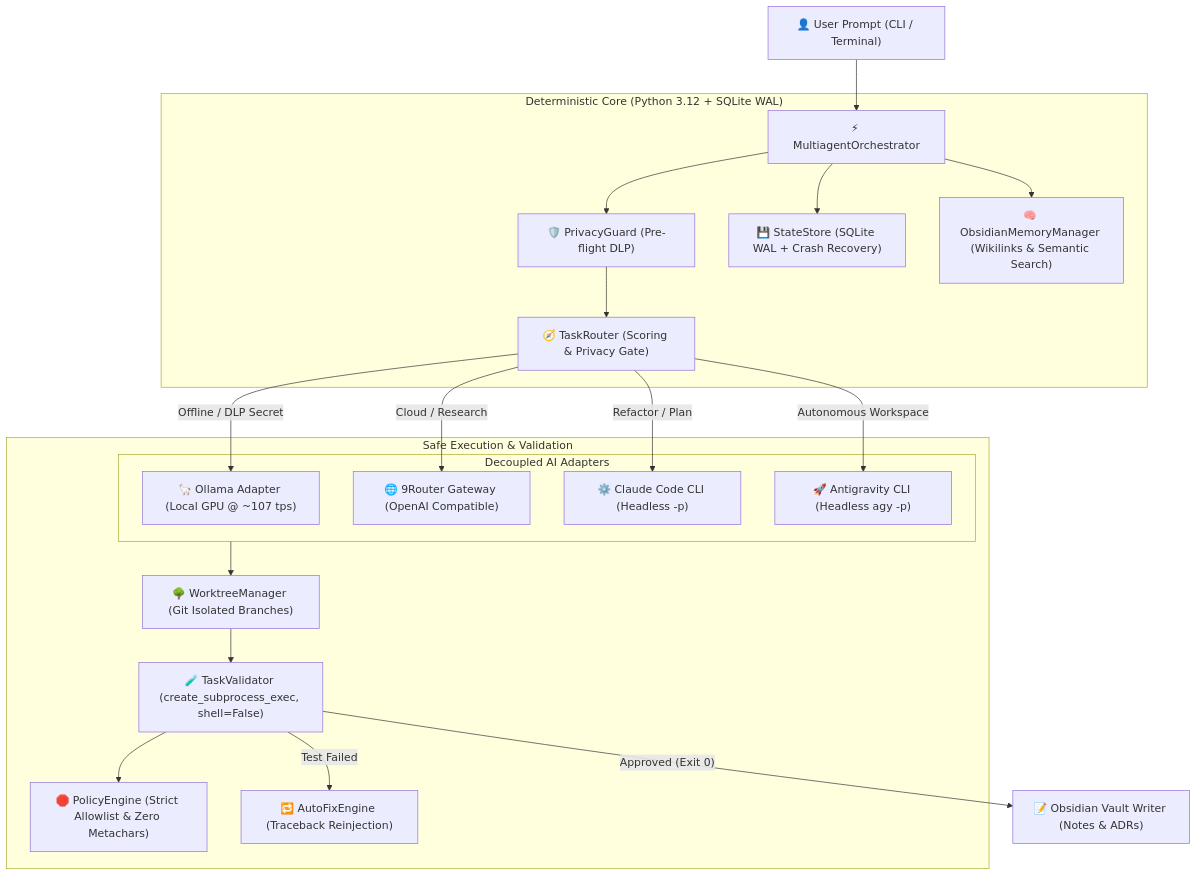
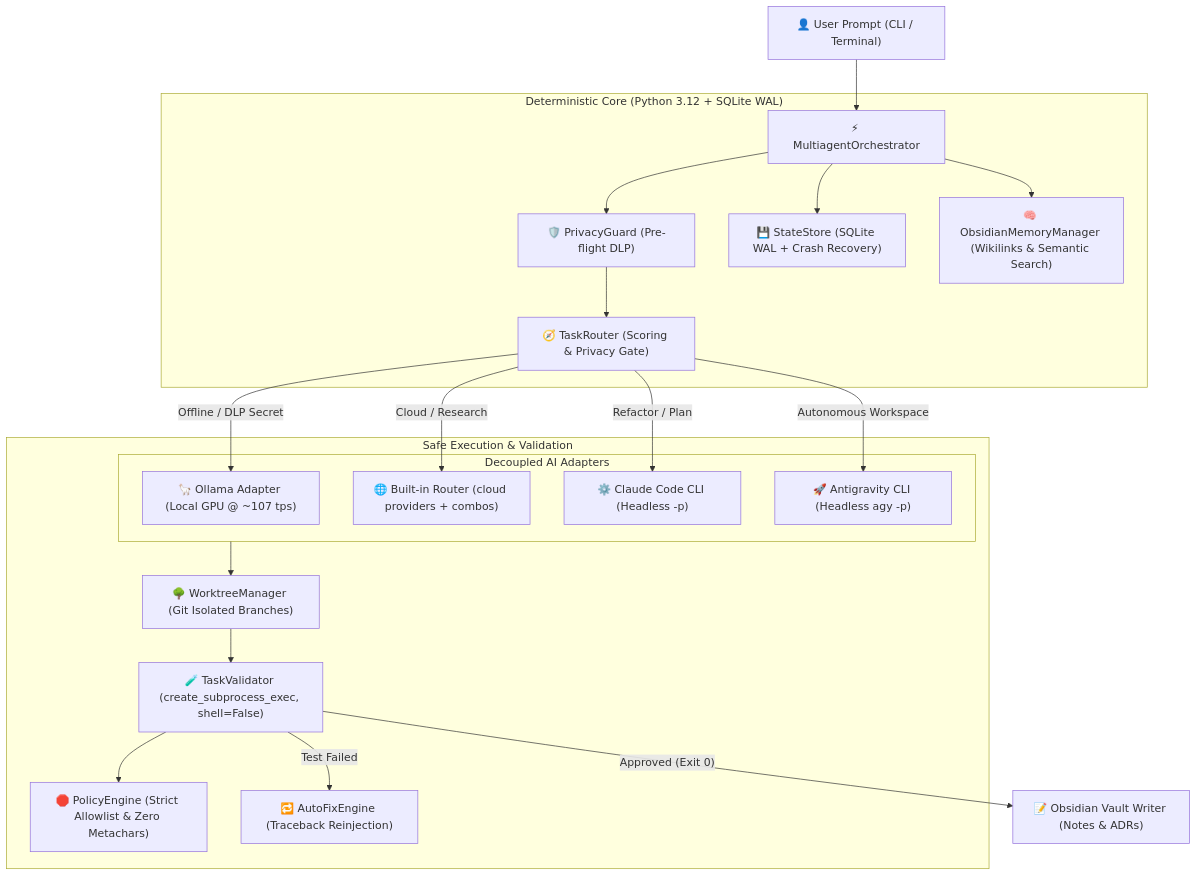
The diagram in README.md (Kaio-Comk/Hera-Multiagent), drawn with Mermaid before and after one commit. The commit also changed other lines of this file and 24 other files, not shown here.

````diff
--- a/README.md
+++ b/README.md
@@ -120,27 +120,27 @@
 ```mermaid
 flowchart TD
     User["👤 User Prompt (CLI / Terminal)"] --> Orch["⚡ MultiagentOrchestrator"]
     
     subgraph Core ["Deterministic Core (Python 3.12 + SQLite WAL)"]
         Orch --> DLP["🛡️ PrivacyGuard (Pre-flight DLP)"]
         DLP --> Router["🧭 TaskRouter (Scoring & Privacy Gate)"]
         Orch --> State["💾 StateStore (SQLite WAL + Crash Recovery)"]
         Orch --> Memory["🧠 ObsidianMemoryManager (Wikilinks & Semantic Search)"]
     end
     
     subgraph Engines ["Decoupled AI Adapters"]
         Router -->|"Offline / DLP Secret"| Ollama["🦙 Ollama Adapter (Local GPU @ ~107 tps)"]
-        Router -->|"Cloud / Research"| NineRouter["🌐 9Router Gateway (OpenAI Compatible)"]
+        Router -->|"Cloud / Research"| HeraRouter["🌐 Built-in Router (cloud providers + combos)"]
         Router -->|"Refactor / Plan"| ClaudeCode["⚙️ Claude Code CLI (Headless -p)"]
         Router -->|"Autonomous Workspace"| Antigravity["🚀 Antigravity CLI (Headless agy -p)"]
     end
 
     subgraph Execution ["Safe Execution & Validation"]
         Engines --> Worktree["🌳 WorktreeManager (Git Isolated Branches)"]
         Worktree --> Validator["🧪 TaskValidator (create_subprocess_exec, shell=False)"]
         Validator --> Policy["🛑 PolicyEngine (Strict Allowlist & Zero Metachars)"]
         Validator -->|"Test Failed"| AutoFix["🔁 AutoFixEngine (Traceback Reinjection)"]
     end
 
     Validator -->|"Approved (Exit 0)"| VaultWriter["📝 Obsidian Vault Writer (Notes & ADRs)"]
 ```
````
